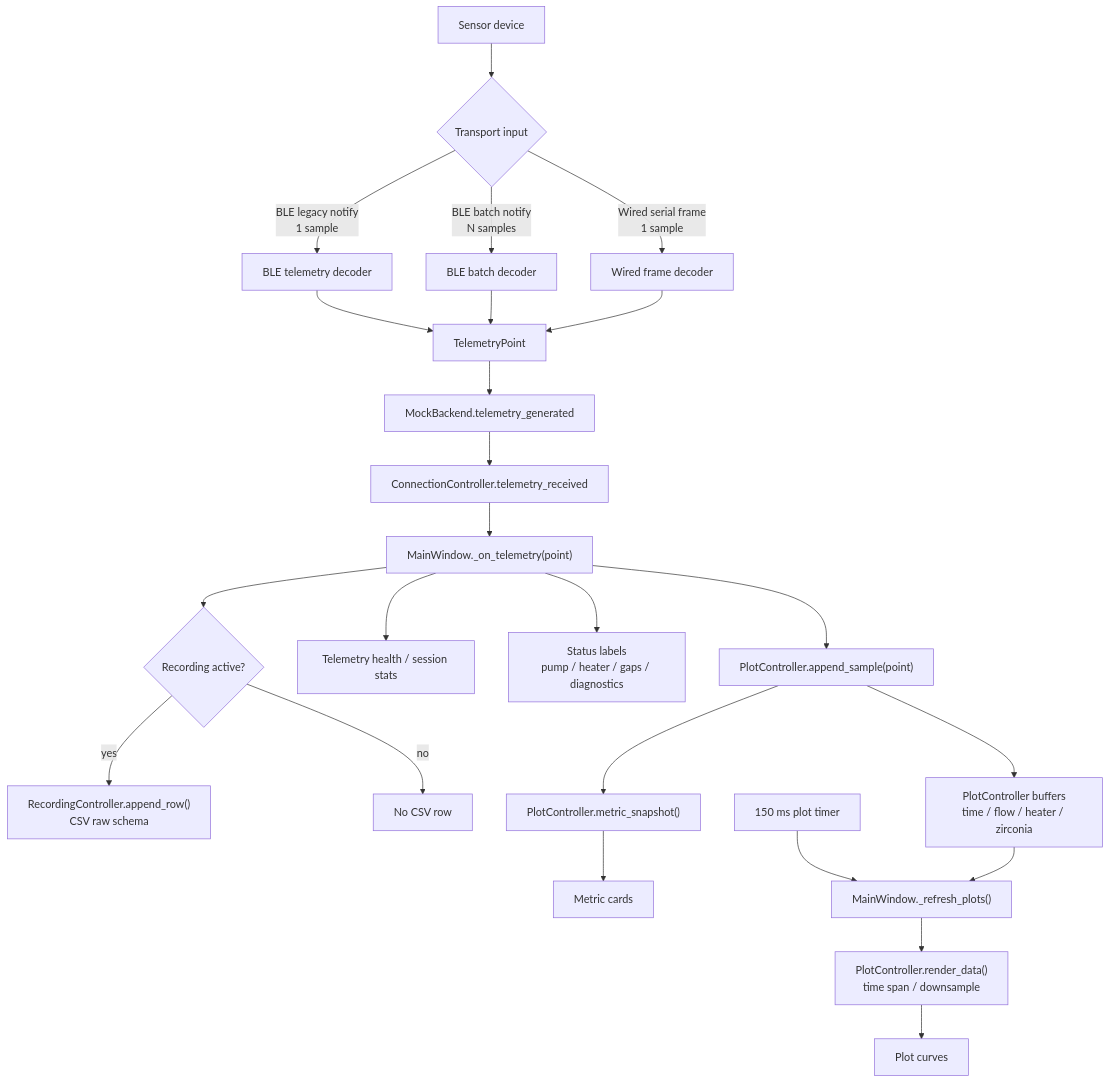
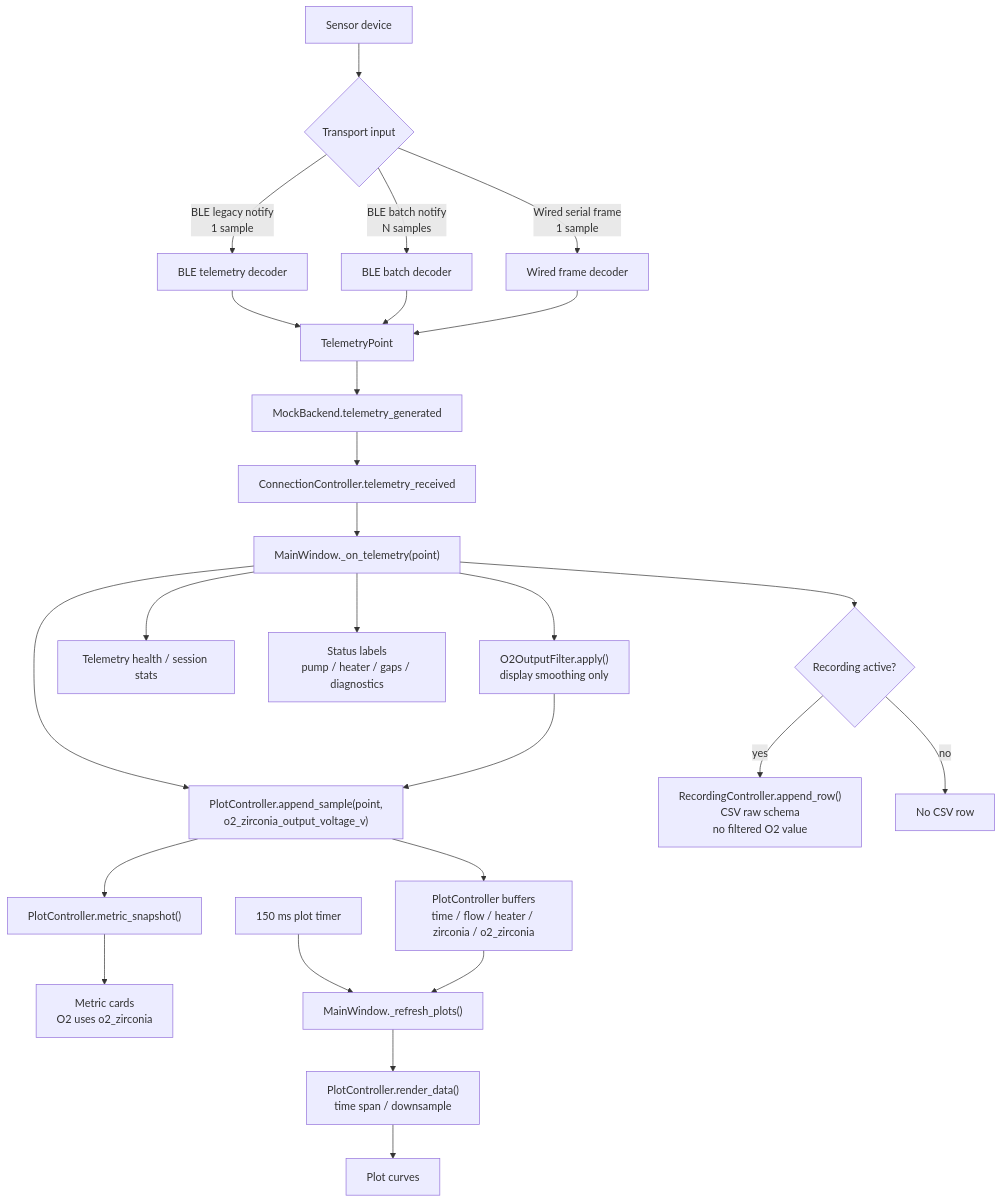
One commit to hiromaite/zss_demokit changed the third of 4 diagrams in docs/system_architecture.md. Above: the diagram before and after it, drawn with Mermaid. The commit also changed other lines of this file, not shown here.

Commit message:
Align telemetry data flow docs with O2 filtering

````diff
--- a/docs/system_architecture.md
+++ b/docs/system_architecture.md
@@ -248,33 +249,35 @@
 ```mermaid
 flowchart TD
     DEVICE["Sensor device"] --> TRANSPORT{"Transport input"}
 
     TRANSPORT -->|"BLE legacy notify<br/>1 sample"| BLE_SINGLE["BLE telemetry decoder"]
     TRANSPORT -->|"BLE batch notify<br/>N samples"| BLE_BATCH["BLE batch decoder"]
     TRANSPORT -->|"Wired serial frame<br/>1 sample"| WIRED["Wired frame decoder"]
 
     BLE_SINGLE --> TP["TelemetryPoint"]
     BLE_BATCH --> TP
     WIRED --> TP
 
     TP --> BACKEND["MockBackend.telemetry_generated"]
     BACKEND --> CONN["ConnectionController.telemetry_received"]
     CONN --> MAIN["MainWindow._on_telemetry(point)"]
 
-    MAIN --> PLOT_APPEND["PlotController.append_sample(point)"]
+    MAIN --> O2_FILTER["O2OutputFilter.apply()<br/>display smoothing only"]
+    MAIN --> PLOT_APPEND["PlotController.append_sample(point,<br/>o2_zirconia_output_voltage_v)"]
+    O2_FILTER --> PLOT_APPEND
     MAIN --> HEALTH["Telemetry health / session stats"]
     MAIN --> STATUS["Status labels<br/>pump / heater / gaps / diagnostics"]
     MAIN --> REC{"Recording active?"}
 
-    REC -->|"yes"| CSV["RecordingController.append_row()<br/>CSV raw schema"]
+    REC -->|"yes"| CSV["RecordingController.append_row()<br/>CSV raw schema<br/>no filtered O2 value"]
     REC -->|"no"| SKIP["No CSV row"]
 
-    PLOT_APPEND --> BUFFERS["PlotController buffers<br/>time / flow / heater / zirconia"]
+    PLOT_APPEND --> BUFFERS["PlotController buffers<br/>time / flow / heater / zirconia / o2_zirconia"]
     PLOT_APPEND --> METRICS["PlotController.metric_snapshot()"]
-    METRICS --> CARDS["Metric cards"]
+    METRICS --> CARDS["Metric cards<br/>O2 uses o2_zirconia"]
 
     TIMER["150 ms plot timer"] --> REFRESH["MainWindow._refresh_plots()"]
     BUFFERS --> REFRESH
     REFRESH --> RENDER["PlotController.render_data()<br/>time span / downsample"]
     RENDER --> PLOTS["Plot curves"]
 ```
````
